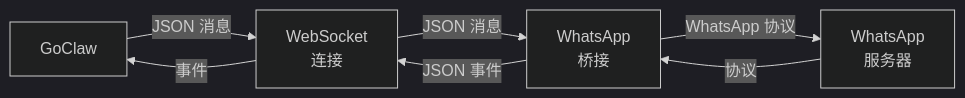
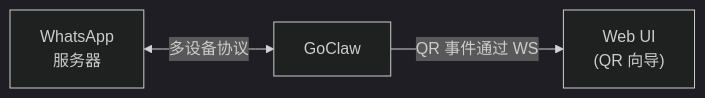
The diagram in zh/channels/whatsapp.md (q1t-architect/goclaw-docs), drawn with Mermaid (dark theme) before and after one commit. The commit also changed other lines of this file and 17 other files, not shown here.

````diff
--- a/zh/channels/whatsapp.md
+++ b/zh/channels/whatsapp.md
@@ -60,14 +48,9 @@
 ```mermaid
 flowchart LR
+    WA["WhatsApp<br/>服务器"]
     GC["GoClaw"]
-    WS["WebSocket<br/>连接"]
-    BRIDGE["WhatsApp<br/>桥接"]
-    WA["WhatsApp<br/>服务器"]
+    UI["Web UI<br/>(QR 向导)"]
 
-    GC -->|"JSON 消息"| WS
-    WS -->|"JSON 消息"| BRIDGE
-    BRIDGE -->|"WhatsApp 协议"| WA
-    WA -->|"协议"| BRIDGE
-    BRIDGE -->|"JSON 事件"| WS
-    WS -->|"事件"| GC
+    WA <-->|"多设备协议"| GC
+    GC -->|"QR 事件通过 WS"| UI
 ```
````
